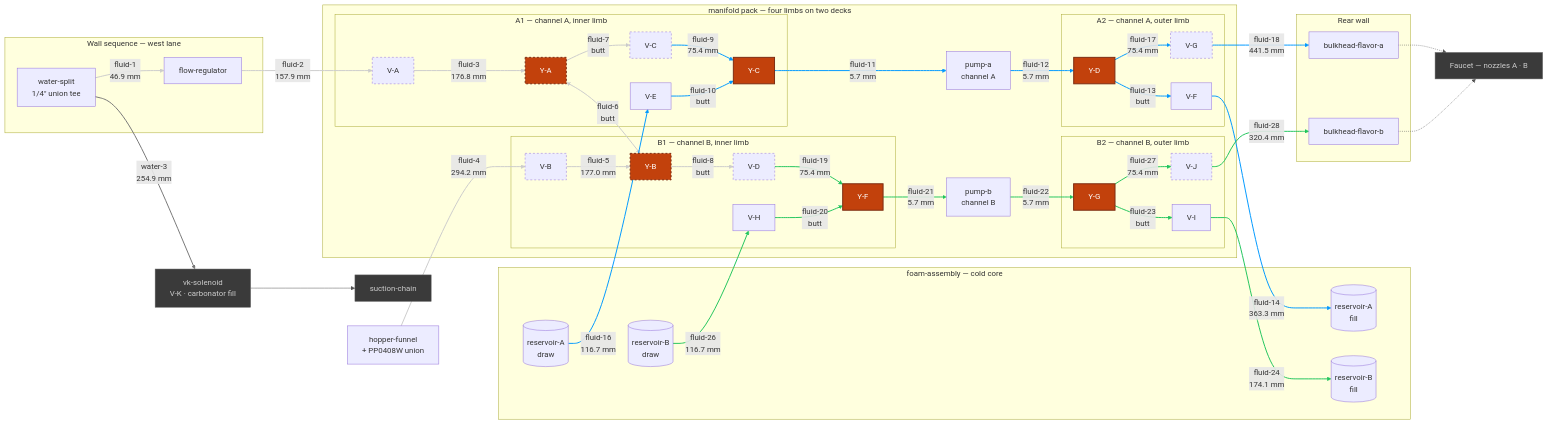
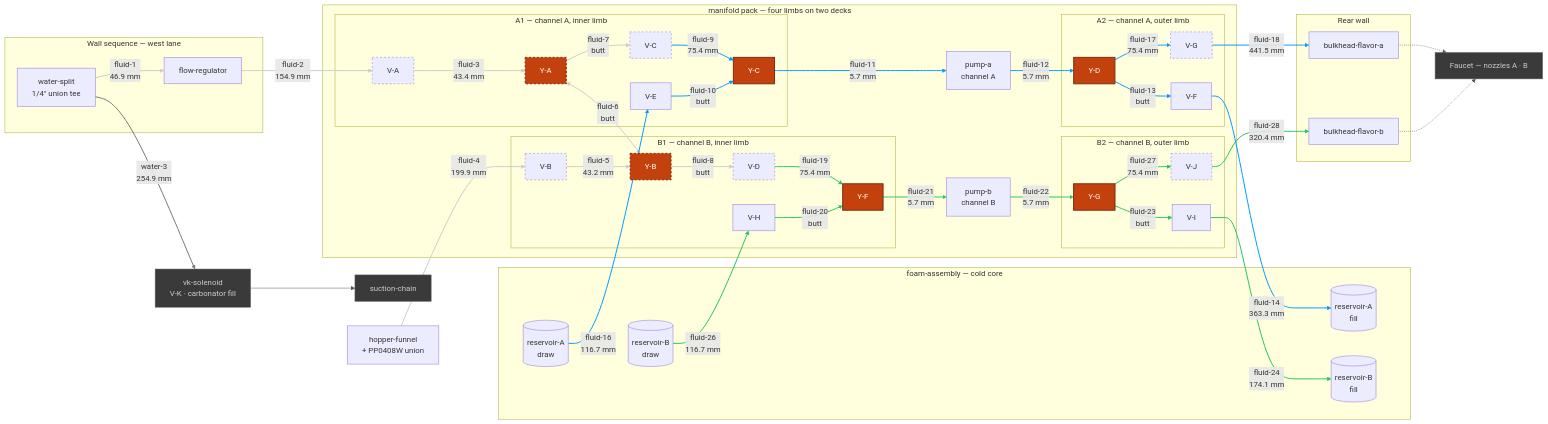
Before and after one commit to derekbreden/homesodamachine: the diagram in hardware/topology/fluid-topology-manifold.mmd, drawn with Mermaid. The commit also changed 54 other files, not shown here.

```diff
--- a/hardware/topology/fluid-topology-manifold.mmd
+++ b/hardware/topology/fluid-topology-manifold.mmd
@@ -14,7 +14,7 @@
   %% [26](SEGMENT_COUNT) flavor segments. [7](BUTT_COUNT) are collet butted to collet and carry
   %% no tube at all; [9](DRAWN_COUNT) are swept runs between placed bodies; the rest are the
   %% hinge's four hairpins and the source pair's two quarter-and-step turns. What is cut comes to
-  %% [2709.9 mm](FLUID_TOTAL) of 1/4" LLDPE over [50](FLUID_BENDS) corners, and the longest is
+  %% [2345.5 mm](FLUID_TOTAL) of 1/4" LLDPE over [50](FLUID_BENDS) corners, and the longest is
   %% [fluid-18](LONGEST_ID) at [441.5 mm](LONGEST_LEN). [0](OPEN_COUNT) are mouths with nothing
   %% on the far end of them: EVERY FLAVOR SEGMENT IN THIS CHART IS MADE. The hopper's gravity
   %% drain is drawn like the rest — the funnel is seated in the box rather than placed in the
@@ -118,10 +118,10 @@
   %% V-B come off the folded deck's plane on a quarter turn of R14, then step 28 mm further along
   %% the run and 14 mm across it, toward the cold core's crown.
   Split -->|"fluid-1<br/>46.9 mm"| FlowReg
-  FlowReg -->|"fluid-2<br/>157.9 mm"| VA
-  VA -->|"fluid-3<br/>176.8 mm"| YA
-  Hopper -->|"fluid-4<br/>294.2 mm"| VB
-  VB -->|"fluid-5<br/>177.0 mm"| YB
+  FlowReg -->|"fluid-2<br/>154.9 mm"| VA
+  VA -->|"fluid-3<br/>43.4 mm"| YA
+  Hopper -->|"fluid-4<br/>199.9 mm"| VB
+  VB -->|"fluid-5<br/>43.2 mm"| YB
   YA <-->|"fluid-6<br/>butt"| YB
   YA -->|"fluid-7<br/>butt"| VC
   YB -->|"fluid-8<br/>butt"| VD
```
